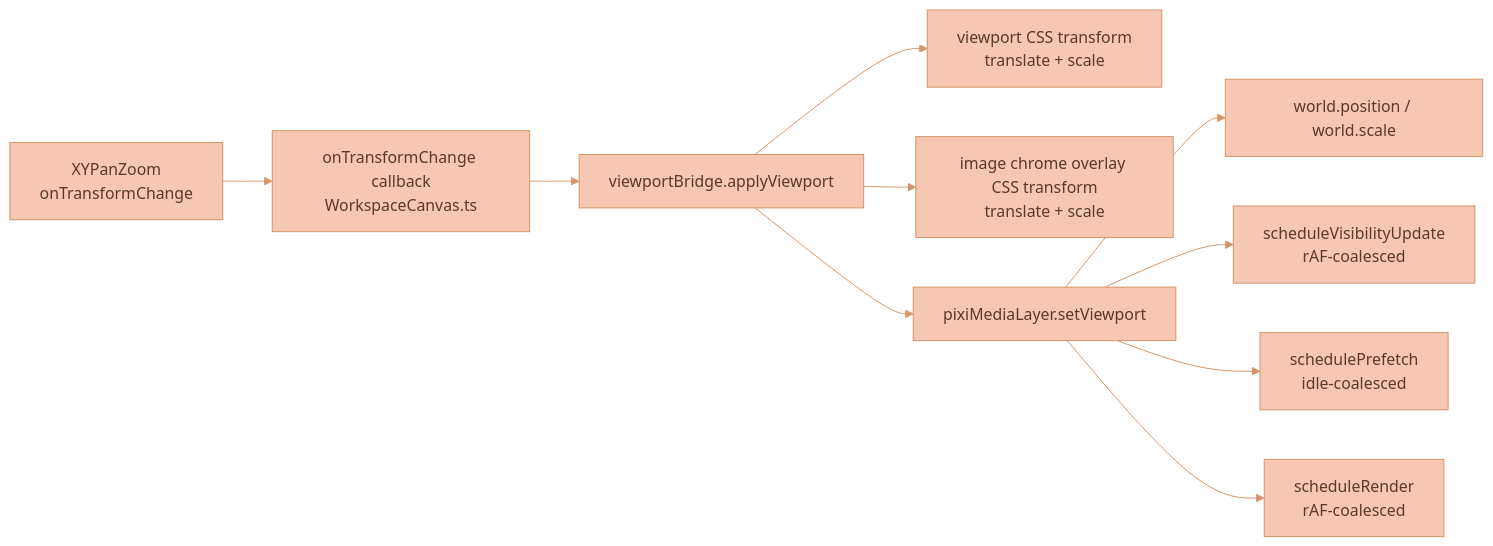
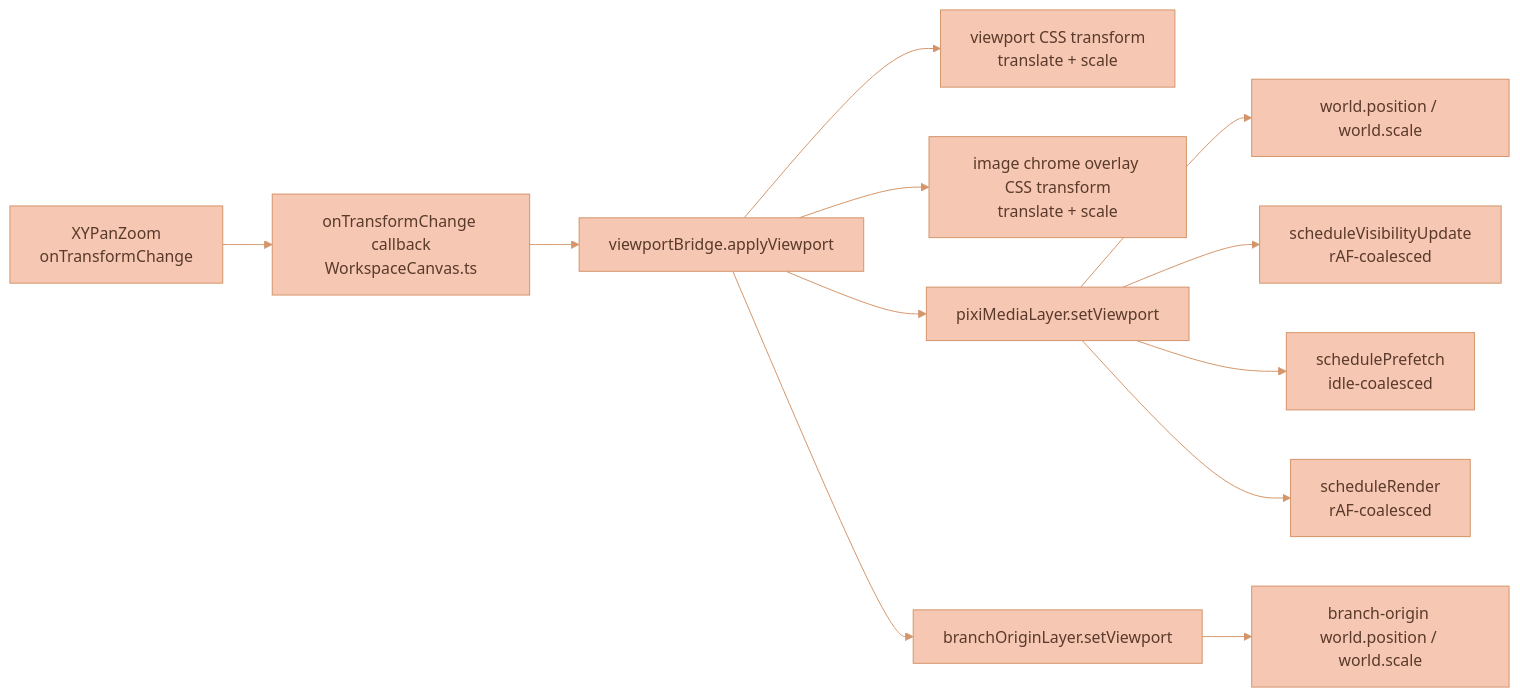
Before and after one commit to Lixpi/lixpi: the second of 4 diagrams in documentation/features/CANVAS-ENGINE.md, drawn with Mermaid. The commit also changed other lines of this file and 36 other files, not shown here.

````diff
--- a/documentation/features/CANVAS-ENGINE.md
+++ b/documentation/features/CANVAS-ENGINE.md
@@ -127,13 +138,15 @@
 ```mermaid
 %%{init: {'theme': 'base', 'themeVariables': { 'primaryColor': '#F6C7B3', 'primaryTextColor': '#5a3a2a', 'primaryBorderColor': '#d4956a', 'secondaryColor': '#C3DEDD', 'secondaryTextColor': '#1a3a47', 'secondaryBorderColor': '#4a8a9d', 'tertiaryColor': '#DCECE9', 'tertiaryTextColor': '#1a3a47', 'tertiaryBorderColor': '#82B2C0', 'lineColor': '#d4956a', 'textColor': '#5a3a2a'}}}%%
 flowchart LR
     XY[XYPanZoom<br/>onTransformChange] --> CB[onTransformChange callback<br/>WorkspaceCanvas.ts]
     CB --> VB[viewportBridge.applyViewport]
     VB --> CSS[viewport CSS transform<br/>translate + scale]
     VB --> CHROME[image chrome overlay CSS transform<br/>translate + scale]
     VB --> PIXI[pixiMediaLayer.setViewport]
+    VB --> BO[branchOriginLayer.setViewport]
     PIXI --> WORLD[world.position / world.scale]
+    BO --> BO_WORLD[branch-origin world.position / world.scale]
     PIXI --> VIS[scheduleVisibilityUpdate<br/>rAF-coalesced]
     PIXI --> PRE[schedulePrefetch<br/>idle-coalesced]
     PIXI --> RND[scheduleRender<br/>rAF-coalesced]
 ```
````
